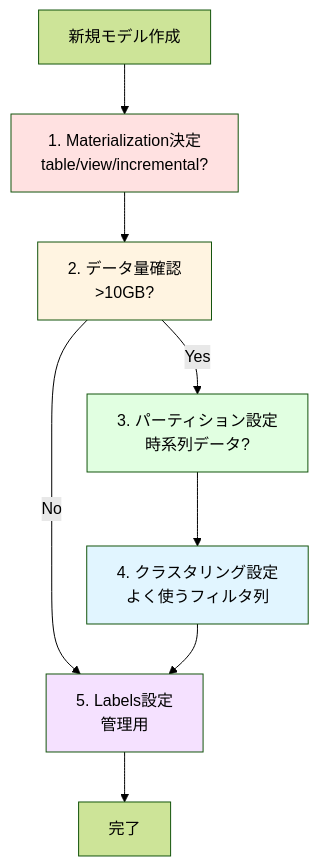
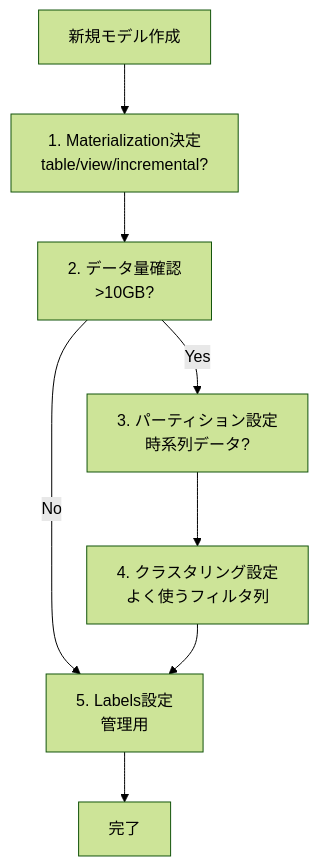
Before and after one commit to 1210yuichi0/1210yuichi0.github.io: the third of 3 diagrams in content/Tech/dbt/categories/models/advanced-settings.md, drawn with Mermaid (forest theme). The commit also changed other lines of this file and 22 other files, not shown here.

First line of the commit message:
style: remove Mermaid style directives for dark mode compatibility

````diff
--- a/content/Tech/dbt/categories/models/advanced-settings.md
+++ b/content/Tech/dbt/categories/models/advanced-settings.md
@@ -291,18 +283,13 @@
 ```mermaid
 graph TD
     Start[新規モデル作成] --> P1[1. Materialization決定<br/>table/view/incremental?]
     P1 --> P2[2. データ量確認<br/>>10GB?]
 
     P2 -->|Yes| P3[3. パーティション設定<br/>時系列データ?]
     P2 -->|No| P5[5. Labels設定<br/>管理用]
 
     P3 --> P4[4. クラスタリング設定<br/>よく使うフィルタ列]
     P4 --> P5
     P5 --> End[完了]
 
-    style P1 fill:#ffe1e1
-    style P2 fill:#fff4e1
-    style P3 fill:#e1ffe1
-    style P4 fill:#e1f5ff
-    style P5 fill:#f5e1ff
 ```
````
